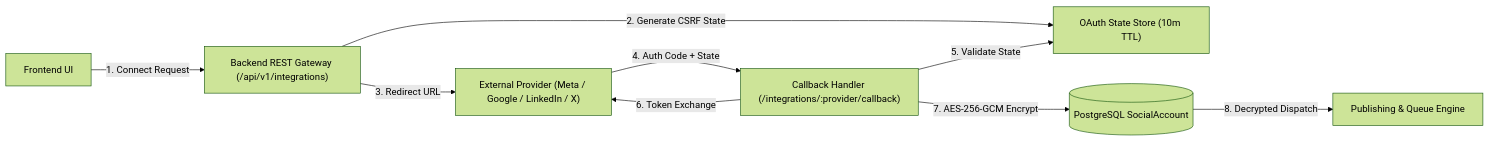
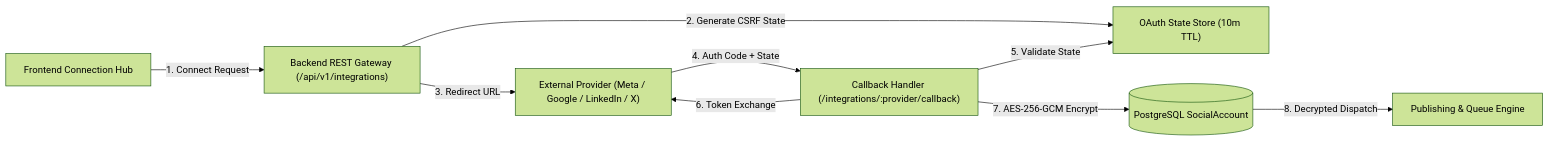
The diagram in docs/integrations.md (rkhero01/antigravity-agency-platform), drawn with Mermaid (forest theme) before and after one commit. The commit also changed other lines of this file and 8 other files, not shown here.

Commit message:
feat(integrations): build production social connection center

````diff
--- a/docs/integrations.md
+++ b/docs/integrations.md
@@ -7,11 +7,11 @@
 ```mermaid
 flowchart LR
-    ClientApp["Frontend UI"] -->|1. Connect Request| BackendAPI["Backend REST Gateway (/api/v1/integrations)"]
+    ClientApp["Frontend Connection Hub"] -->|1. Connect Request| BackendAPI["Backend REST Gateway (/api/v1/integrations)"]
     BackendAPI -->|2. Generate CSRF State| StateStore["OAuth State Store (10m TTL)"]
     BackendAPI -->|3. Redirect URL| Provider["External Provider (Meta / Google / LinkedIn / X)"]
     Provider -->|4. Auth Code + State| CallbackHandler["Callback Handler (/integrations/:provider/callback)"]
     CallbackHandler -->|5. Validate State| StateStore
     CallbackHandler -->|6. Token Exchange| Provider
     CallbackHandler -->|7. AES-256-GCM Encrypt| Database[(PostgreSQL SocialAccount)]
     Database -->|8. Decrypted Dispatch| PublishingEngine["Publishing & Queue Engine"]
 ```
````
